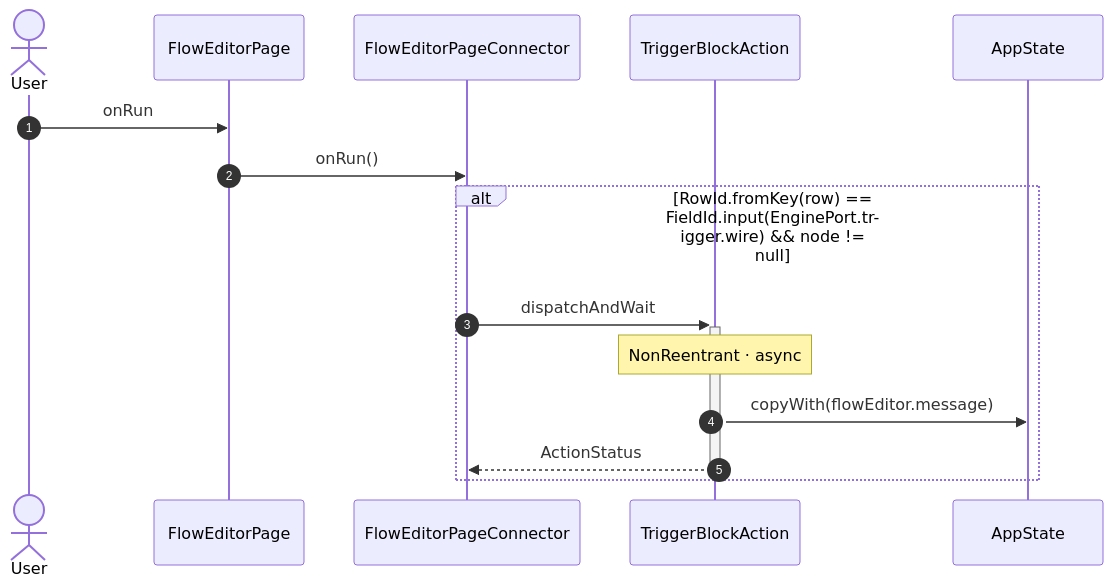
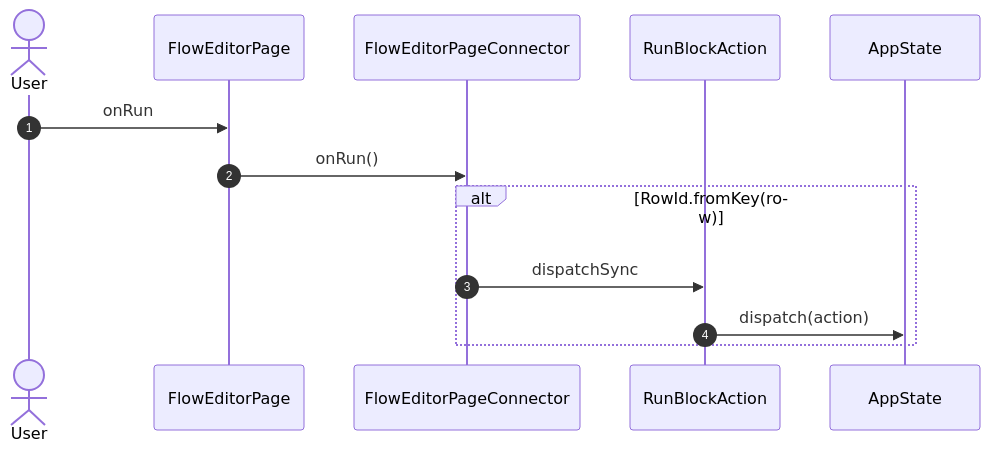
Before and after one commit to gencto/wyrm: diagram 11 of 42 in studio/docs/flows/flowEditor.md, drawn with Mermaid. The commit also changed other lines of this file and 49 other files, not shown here.

````diff
--- a/studio/docs/flows/flowEditor.md
+++ b/studio/docs/flows/flowEditor.md
@@ -227,18 +205,16 @@
 ```mermaid
 sequenceDiagram
     autonumber
     actor User
     participant UI as FlowEditorPage
     participant VM as FlowEditorPageConnector
-    participant A1 as TriggerBlockAction
+    participant A1 as RunBlockAction
     participant ST as AppState
 
     User->>UI: onRun
     UI->>VM: onRun()
-    alt RowId.fromKey(row) == FieldId.input(EnginePort.trigger.wire) && node != null
-        VM->>+A1: dispatchAndWait
-        Note over A1: NonReentrant · async
-        A1->>ST: copyWith(flowEditor.message)
-        A1-->>-VM: ActionStatus
+    alt RowId.fromKey(row)
+        VM->>A1: dispatchSync
+        A1->>ST: dispatch(action)
     end
 ```
````
